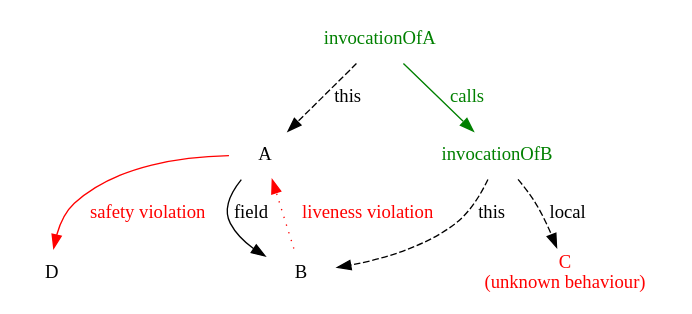
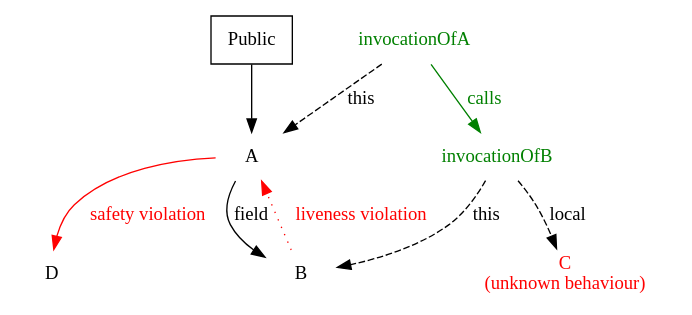
One commit to it-innovation/sam changed the diagram in doc/graphing.rst. Above: the diagram before and after it, drawn with Graphviz. The commit also changed other lines of this file and 5 other files, not shown here.

```diff
--- a/doc/graphing.rst
+++ b/doc/graphing.rst
@@ -38,16 +38,19 @@
 .. graphviz::
 
    digraph notation {
+     Public [shape=record];
      node [shape=plaintext];
      A -> B [label="field"];
      C [label="C\n(unknown behaviour)",fontcolor=red];
 
      A -> D [color=red,fontcolor=red,label="safety violation"];
      B -> A [color=red,fontcolor=red,style=dotted,label="liveness violation"];
 
      node [color=green,fontcolor=green];
      invocationOfA -> invocationOfB [label="calls",fontcolor=green,color=green];
      invocationOfA -> A [style=bold,label="this",style=dashed];
      invocationOfB -> B [style=bold,label="this",style=dashed];
      invocationOfB -> C [label="local",style=dashed];
+
+     Public -> A;
    }
```
